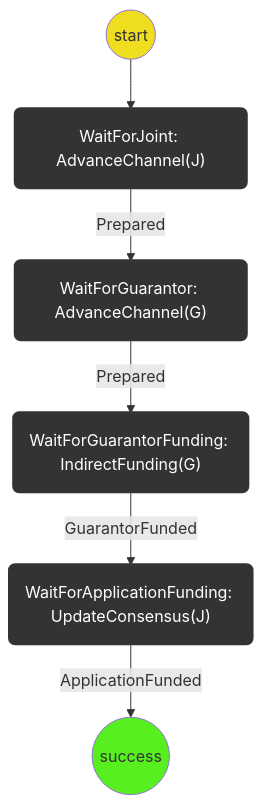
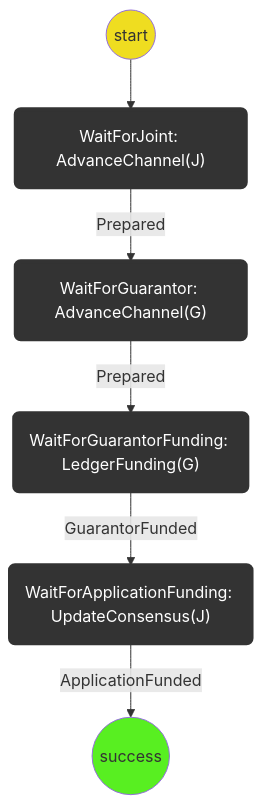
One commit to statechannels/statechannels changed the second of 2 diagrams in packages/wallet/packages/wallet/src/redux/protocols/virtual-funding/readme.md. Above: the diagram before and after it, drawn with Mermaid. The commit also changed 28 other files, not shown here.

First line of the commit message:
Merge pull request #666 from magmo/ag-rename-indirect-funding

````diff
--- a/packages/wallet/packages/wallet/src/redux/protocols/virtual-funding/readme.md
+++ b/packages/wallet/packages/wallet/src/redux/protocols/virtual-funding/readme.md
@@ -71,20 +71,20 @@
 ```mermaid
 graph TD
 linkStyle default interpolate basis
   St((start)) --> WFJ("WaitForJoint: AdvanceChannel(J)")
   WFJ --> |Prepared| WFG("WaitForGuarantor: AdvanceChannel(G)")
 
-  WFG --> |"Prepared"| WFGF("WaitForGuarantorFunding: IndirectFunding(G)")
+  WFG --> |"Prepared"| WFGF("WaitForGuarantorFunding: LedgerFunding(G)")
 
   WFGF --> |GuarantorFunded| WFAF("WaitForApplicationFunding: UpdateConsensus(J)")
   WFAF --> |ApplicationFunded| S((success))
 
   classDef logic fill:#efdd20;
   classDef Success fill:#58ef21;
   classDef Failure fill:#f45941;
   classDef WaitForChildProtocol stroke:#333,stroke-width:4px,color:#ffff,fill:#333;
   class St logic;
   class S Success;
   class F Failure;
   class WFAp,Fi,WFG,WFJ,WFAF,WFGF WaitForChildProtocol
 ```
````
